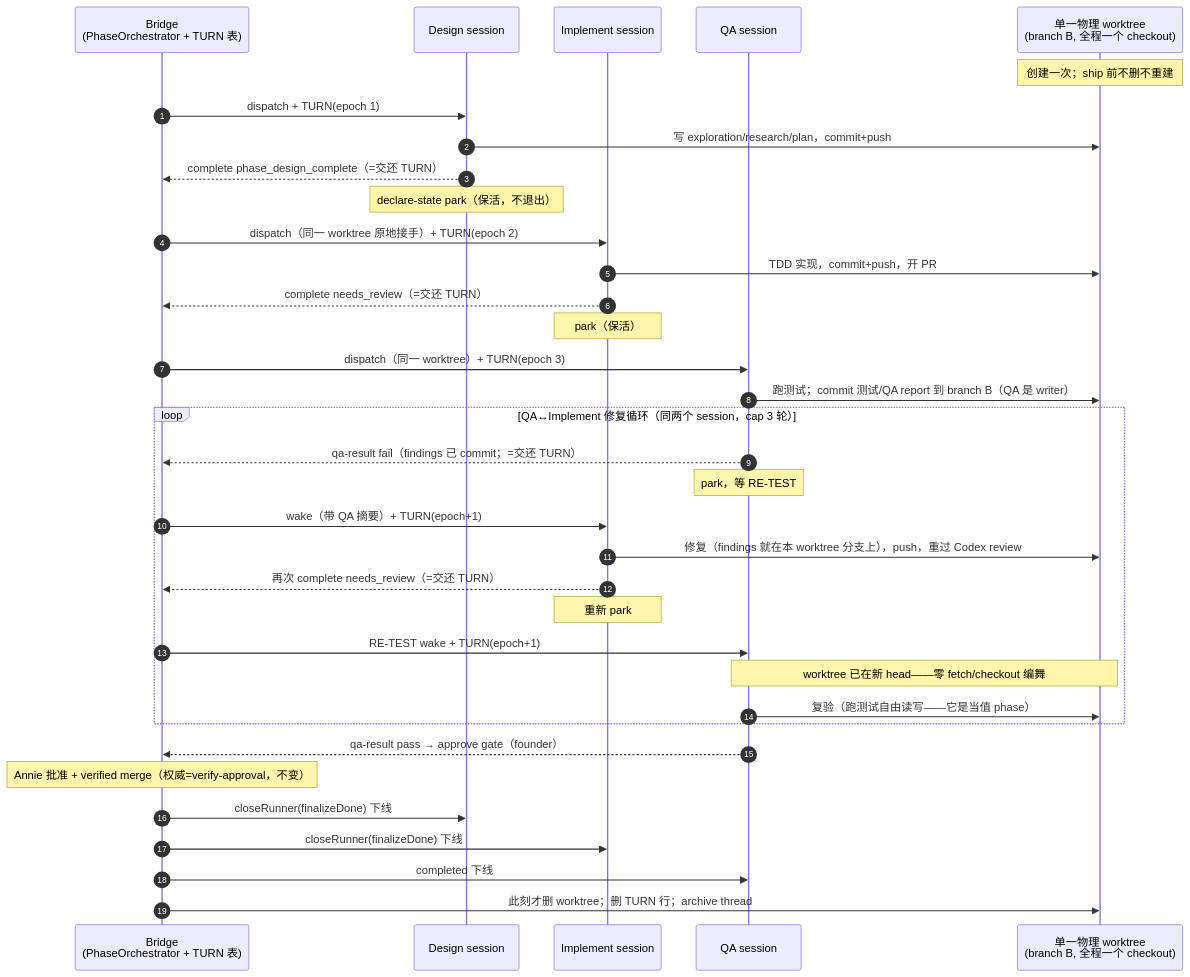
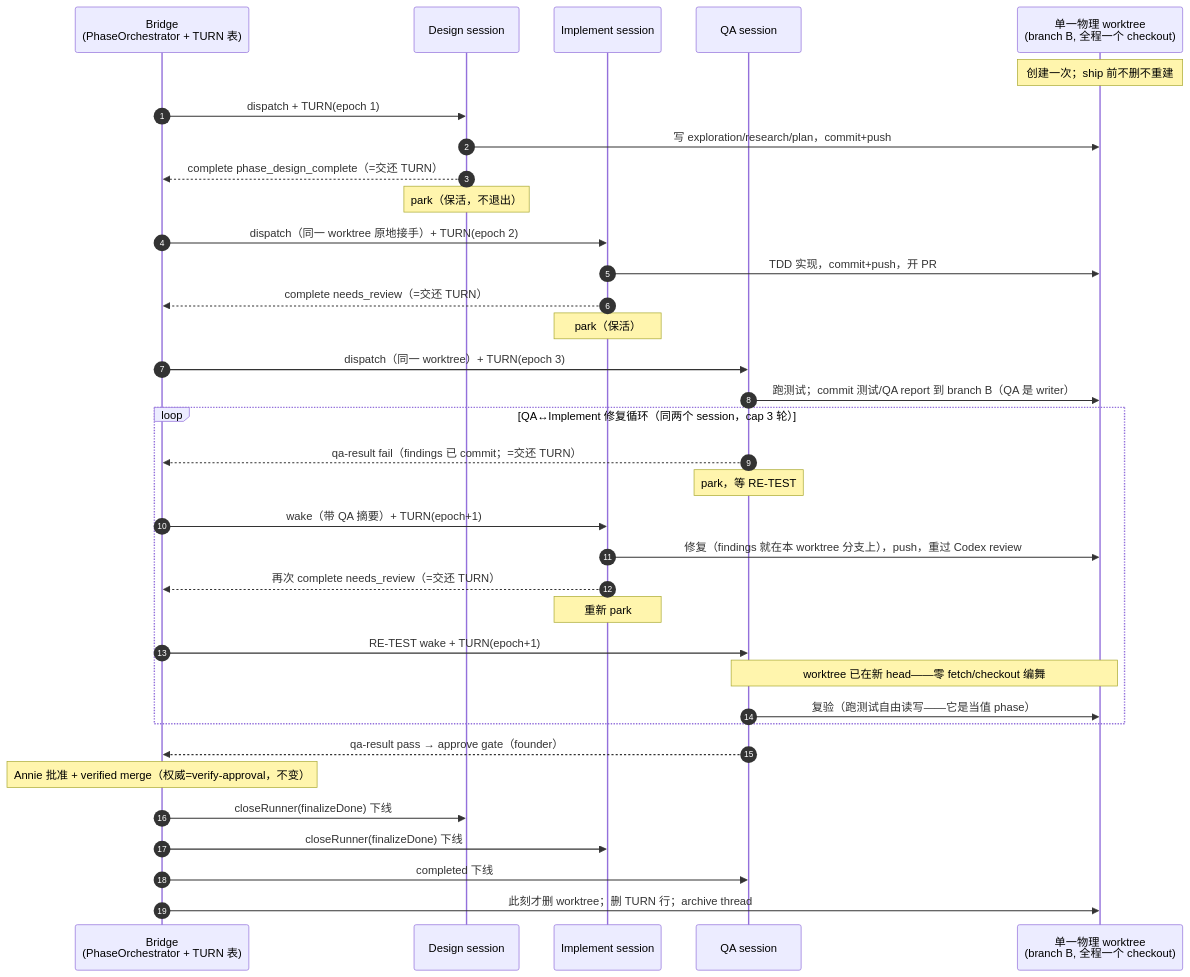
One commit to xrliAnnie/flywheel-qa-sandbox changed the diagram in engineering/doc/FLY-887-phase-session-keepalive/plan.md. Above: the diagram before and after it, drawn with Mermaid. The commit also changed other lines of this file, not shown here.

````diff
--- a/engineering/doc/FLY-887-phase-session-keepalive/plan.md
+++ b/engineering/doc/FLY-887-phase-session-keepalive/plan.md
@@ -40,38 +40,38 @@
 ```mermaid
 sequenceDiagram
     autonumber
     participant B as Bridge<br/>(PhaseOrchestrator + TURN 表)
     participant D as Design session
     participant I as Implement session
     participant Q as QA session
     participant W as 单一物理 worktree<br/>(branch B, 全程一个 checkout)
 
     Note over W: 创建一次；ship 前不删不重建
     B->>D: dispatch + TURN(epoch 1)
     D->>W: 写 exploration/research/plan，commit+push
     D-->>B: complete phase_design_complete（=交还 TURN）
-    Note over D: declare-state park（保活，不退出）
+    Note over D: park（保活，不退出）
     B->>I: dispatch（同一 worktree 原地接手）+ TURN(epoch 2)
     I->>W: TDD 实现，commit+push，开 PR
     I-->>B: complete needs_review（=交还 TURN）
     Note over I: park（保活）
     B->>Q: dispatch（同一 worktree）+ TURN(epoch 3)
     Q->>W: 跑测试；commit 测试/QA report 到 branch B（QA 是 writer）
     loop QA↔Implement 修复循环（同两个 session，cap 3 轮）
         Q-->>B: qa-result fail（findings 已 commit；=交还 TURN）
         Note over Q: park，等 RE-TEST
         B->>I: wake（带 QA 摘要）+ TURN(epoch+1)
         I->>W: 修复（findings 就在本 worktree 分支上），push，重过 Codex review
         I-->>B: 再次 complete needs_review（=交还 TURN）
         Note over I: 重新 park
         B->>Q: RE-TEST wake + TURN(epoch+1)
         Note over Q,W: worktree 已在新 head——零 fetch/checkout 编舞
         Q->>W: 复验（跑测试自由读写——它是当值 phase）
     end
     Q-->>B: qa-result pass → approve gate（founder）
     Note over B: Annie 批准 + verified merge（权威=verify-approval，不变）
     B->>D: closeRunner(finalizeDone) 下线
     B->>I: closeRunner(finalizeDone) 下线
     B->>Q: completed 下线
     B->>W: 此刻才删 worktree；删 TURN 行；archive thread
 ```
````
